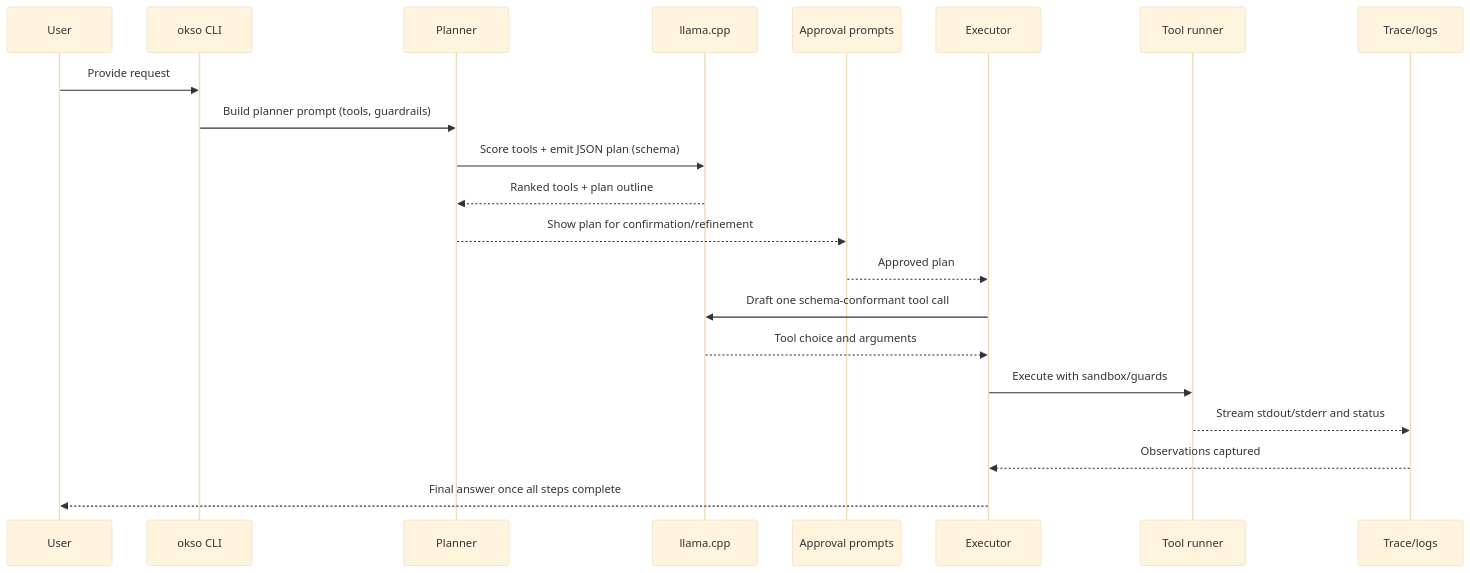
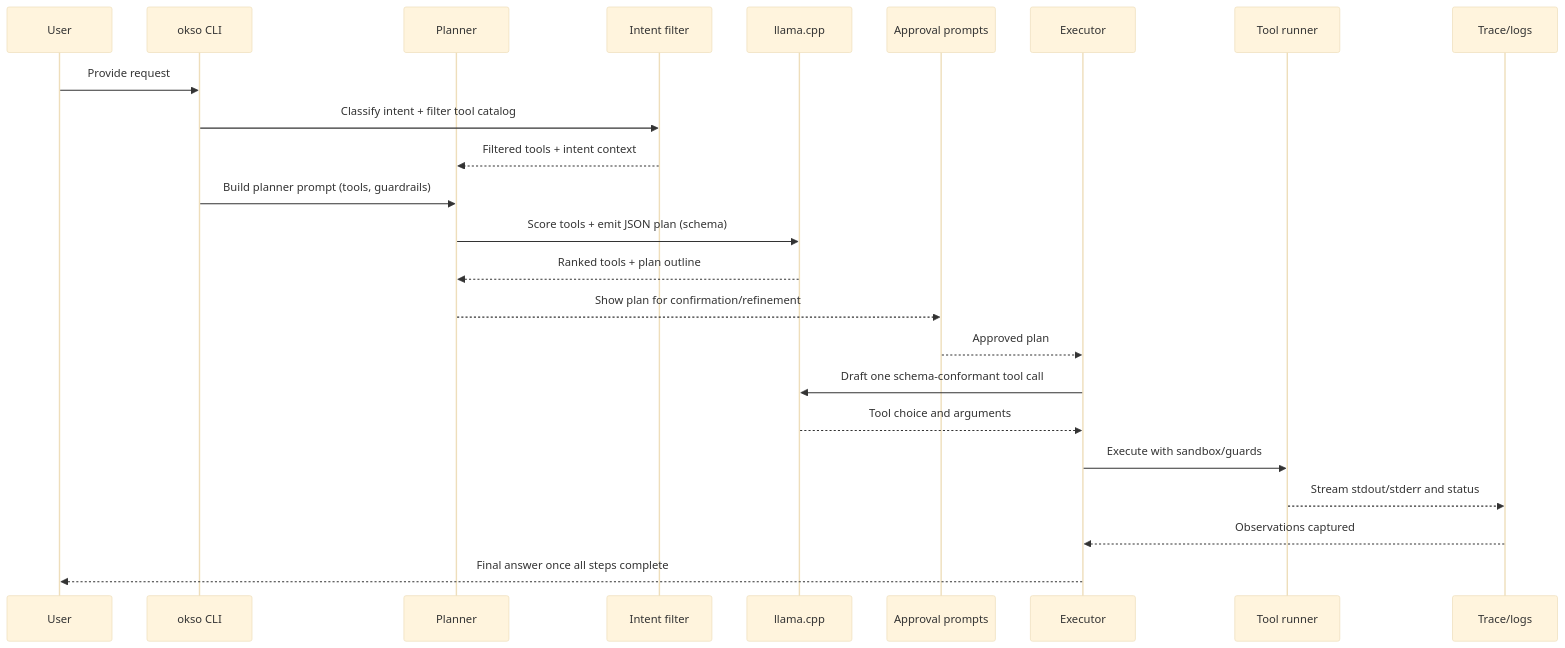
One commit to cmccomb/okso changed the diagram in docs/reference/architecture.md. Above: the diagram before and after it, drawn with Mermaid (base theme). The commit also changed other lines of this file and 13 other files, not shown here.

Commit message:
Add intent recognition stage to planner

````diff
--- a/docs/reference/architecture.md
+++ b/docs/reference/architecture.md
@@ -7,24 +7,27 @@
 ```mermaid
 sequenceDiagram
     participant User
     participant CLI as okso CLI
     participant Planner
+    participant Intent as Intent filter
     participant Llama as llama.cpp
     participant Approver as Approval prompts
     participant Executor as Executor
     participant Tool as Tool runner
     participant Trace as Trace/logs
 
     User->>CLI: Provide request
+    CLI->>Intent: Classify intent + filter tool catalog
+    Intent-->>Planner: Filtered tools + intent context
     CLI->>Planner: Build planner prompt (tools, guardrails)
     Planner->>Llama: Score tools + emit JSON plan (schema)
     Llama-->>Planner: Ranked tools + plan outline
     Planner-->>Approver: Show plan for confirmation/refinement
     Approver-->>Executor: Approved plan
     Executor->>Llama: Draft one schema-conformant tool call
     Llama-->>Executor: Tool choice and arguments
     Executor->>Tool: Execute with sandbox/guards
     Tool-->>Trace: Stream stdout/stderr and status
     Trace-->>Executor: Observations captured
     Executor-->>User: Final answer once all steps complete
 ```
````
